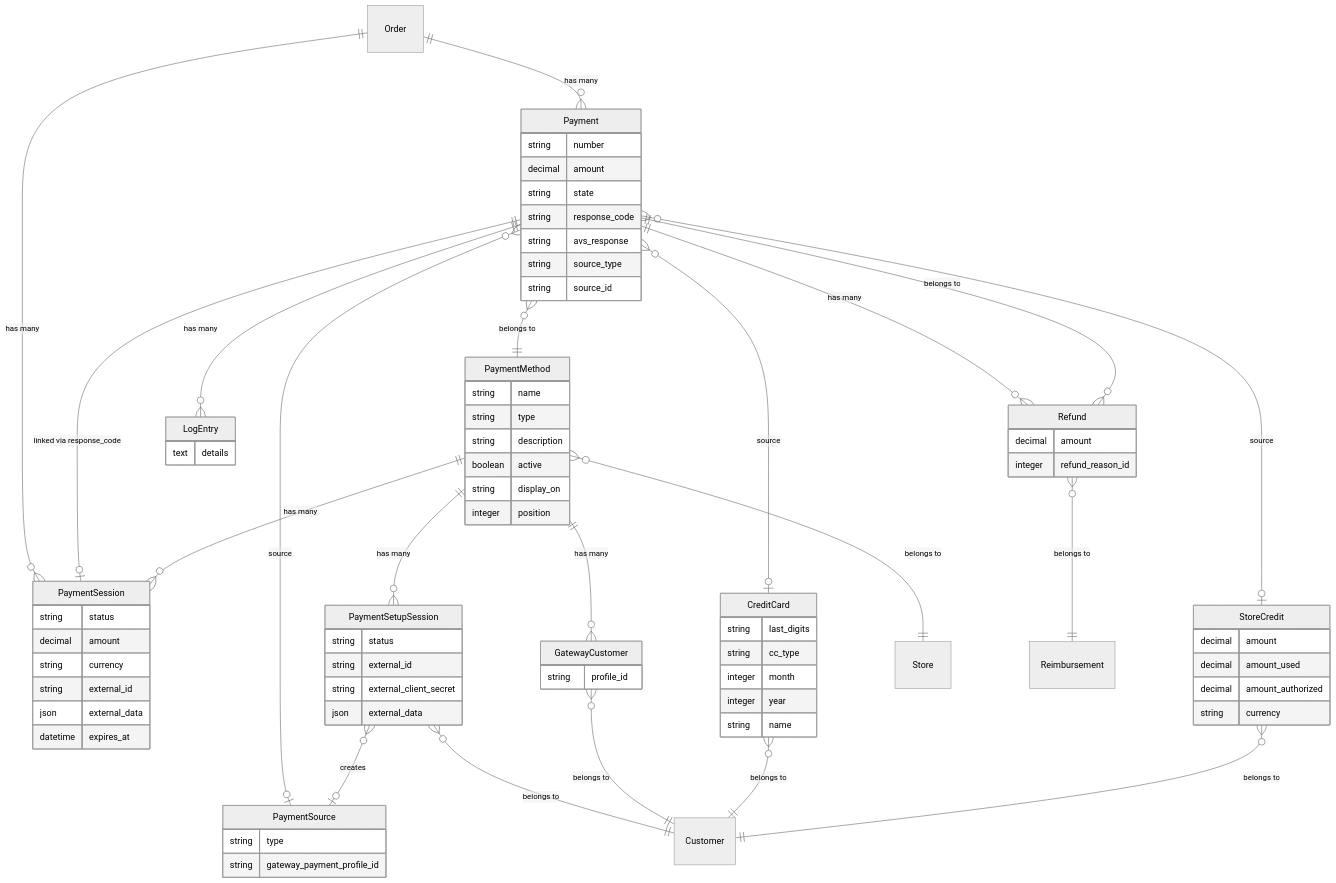
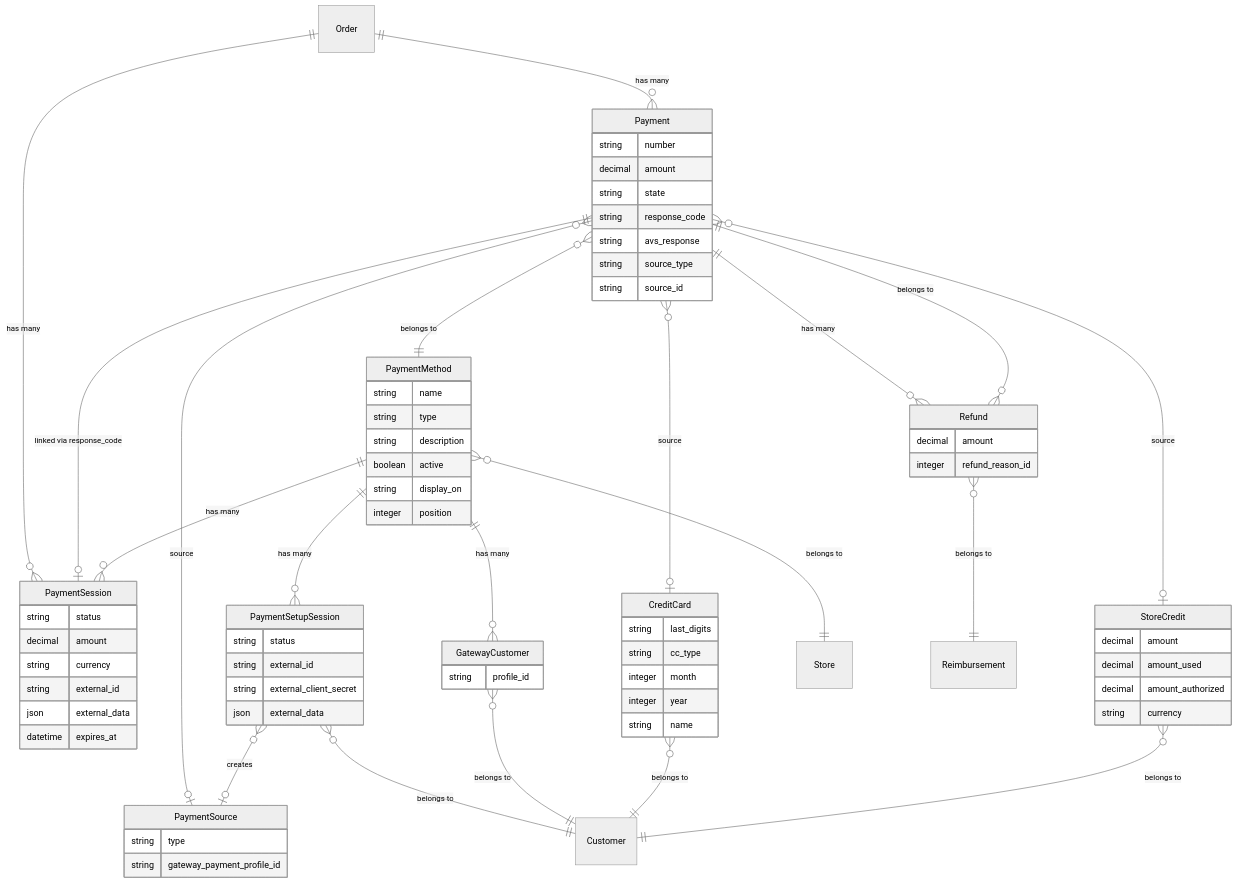
The first of 8 diagrams in docs/developer/core-concepts/payments.mdx (spree/spree), drawn with Mermaid (neutral theme) before and after one commit. The commit also changed other lines of this file and 22 other files, not shown here.

First line of the commit message:
Remove StateChange and LogEntry

```diff
--- a/docs/developer/core-concepts/payments.mdx
+++ b/docs/developer/core-concepts/payments.mdx
@@ -80,10 +80,6 @@
         integer refund_reason_id
     }
 
-    LogEntry {
-        text details
-    }
-
     Order ||--o{ Payment : "has many"
     Order ||--o{ PaymentSession : "has many"
     Payment }o--|| PaymentMethod : "belongs to"
@@ -91,7 +87,6 @@
     Payment }o--o| PaymentSource : "source"
     Payment }o--o| StoreCredit : "source"
     Payment ||--o| PaymentSession : "linked via response_code"
-    Payment ||--o{ LogEntry : "has many"
     Payment ||--o{ Refund : "has many"
     PaymentMethod ||--o{ PaymentSession : "has many"
     PaymentMethod ||--o{ PaymentSetupSession : "has many"
```
